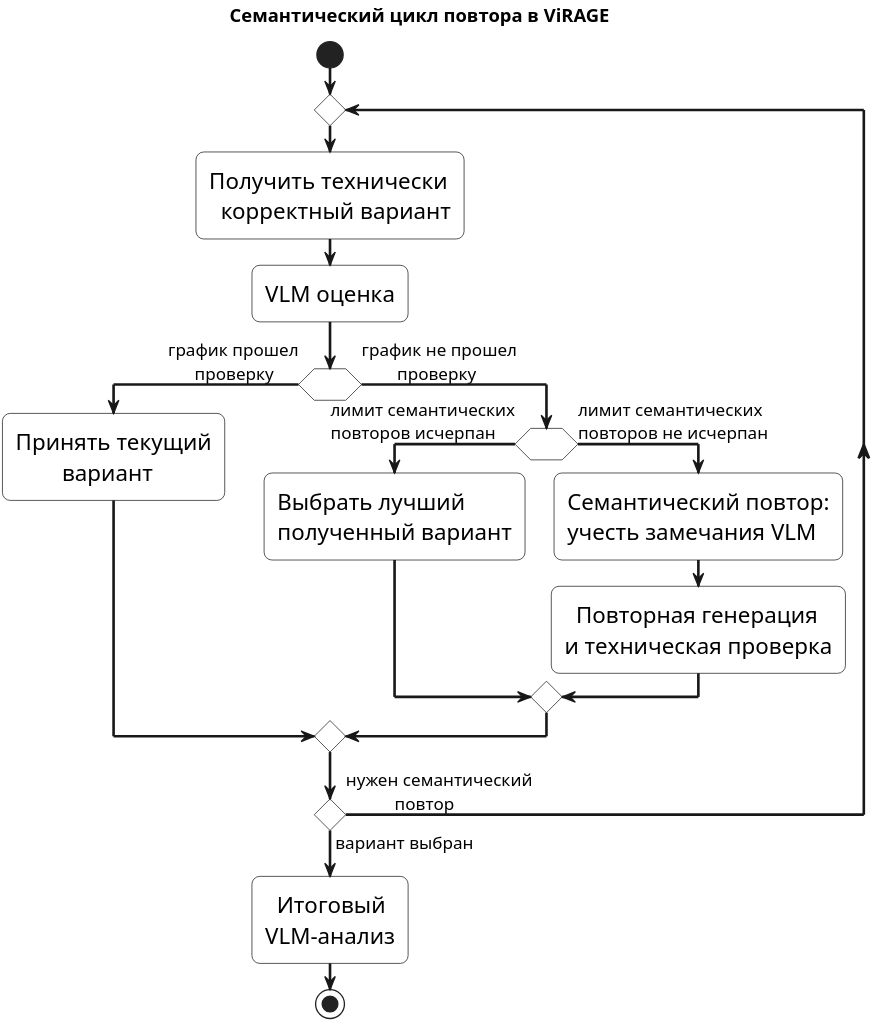
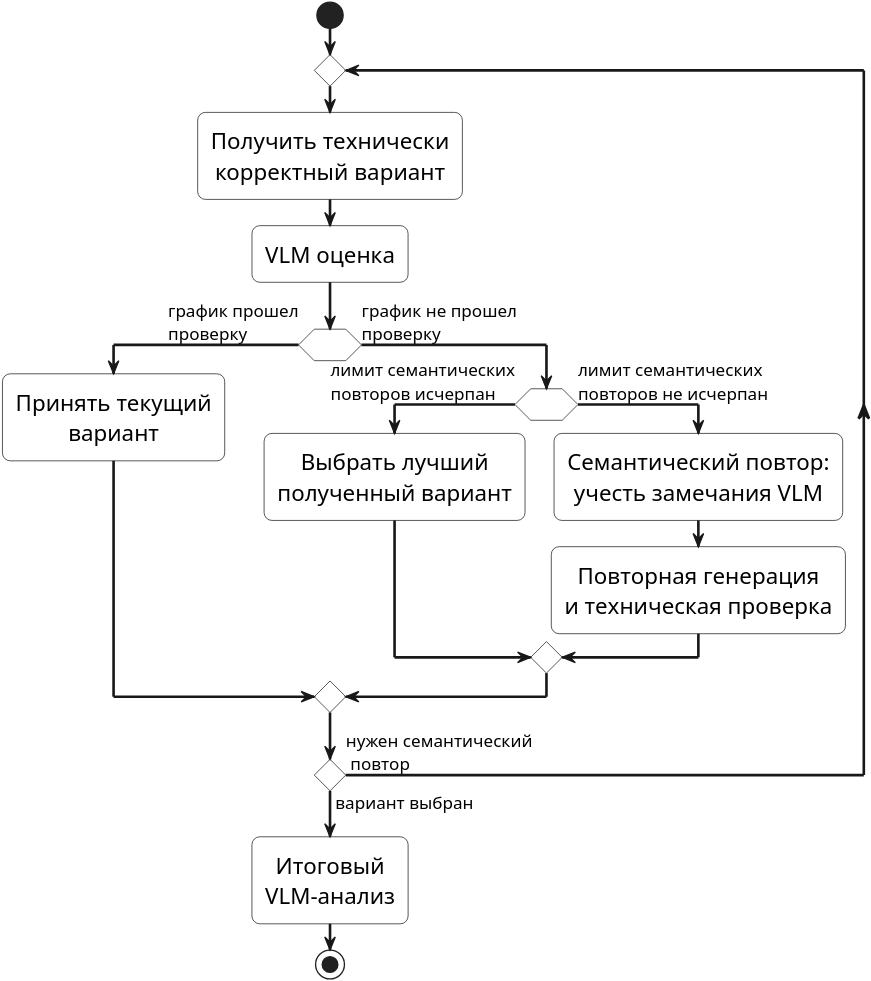
Before and after one commit to shnikita-cr/ViRAGE: the diagram in research/architecture/tex/cycles/semantic_cycle.puml, drawn with PlantUML. The commit also changed 5 other files, not shown here.

Commit message:
update uml

```diff
--- a/research/architecture/tex/cycles/semantic_cycle.puml
+++ b/research/architecture/tex/cycles/semantic_cycle.puml
@@ -1,52 +1,62 @@
 @startuml
-title "Семантический цикл повтора в ViRAGE         "
-
 skinparam shadowing false
 skinparam monochrome true
 skinparam roundcorner 12
 skinparam defaultFontName "Times New Roman"
 skinparam defaultFontSize 17
 skinparam ArrowFontSize 13
 skinparam ArrowThickness 2
 skinparam linetype ortho
 skinparam dpi 600
 
 skinparam activity {
-  BorderColor black
-  BackgroundColor white
+BorderColor black
+BackgroundColor white
 }
 
+<style>
+activityDiagram {
+activity {
+HorizontalAlignment center
+}
+
+diamond {
+HorizontalAlignment center
+}
+}
+</style>
+
 skinparam diamond {
-  BorderColor black
-  BackgroundColor white
+BorderColor black
+BackgroundColor white
 }
 
 start
 
 repeat
 
-  :Получить технически\n  корректный вариант;
-  :VLM оценка;
+:Получить технически\nкорректный вариант;
+:VLM оценка;
 
-  if ( ) then (график прошел\n      проверку)
+if ( ) then (график прошел\nпроверку)
 
-    :Принять текущий\n        вариант;
+:Принять текущий\nвариант;
 
-  else (график не прошел\n        проверку)
+else (график не прошел\nпроверку)
 
-    if ( ) then (лимит семантических\nповторов исчерпан)
-      :Выбрать лучший\nполученный вариант;
-    else (лимит семантических\nповторов не исчерпан)
-      :Семантический повтор:\nучесть замечания VLM;
-      :  Повторная генерация\nи техническая проверка;
-    endif
+if ( ) then (лимит семантических\nповторов исчерпан)
+:Выбрать лучший\nполученный вариант;
+else (лимит семантических\nповторов не исчерпан)
+:Семантический повтор:\nучесть замечания VLM;
+:Повторная генерация\nи техническая проверка;
+endif
 
-  endif
+endif
 
-repeat while ( ) is (нужен семантический\n           повтор) not (вариант выбран)
+repeat while ( ) is (нужен семантический\n повтор) not (вариант выбран)
 
-:  Итоговый\nVLM-анализ;
+:Итоговый\nVLM-анализ;
 
 stop
 
 @enduml
```
